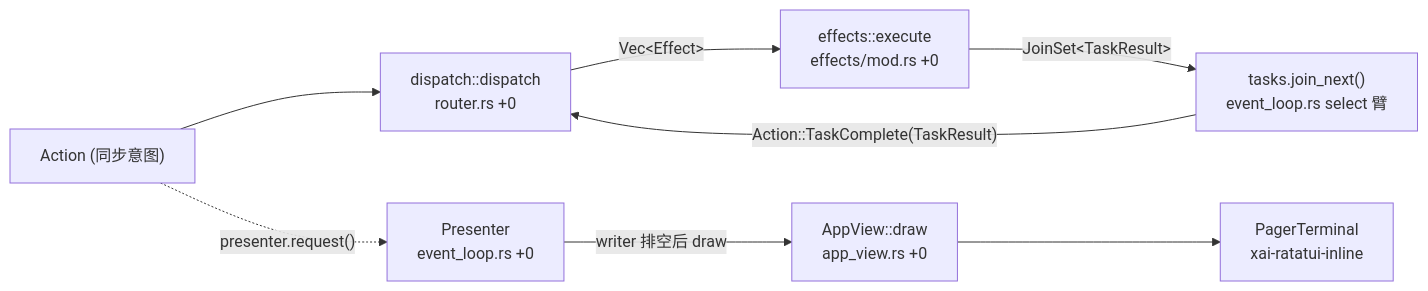
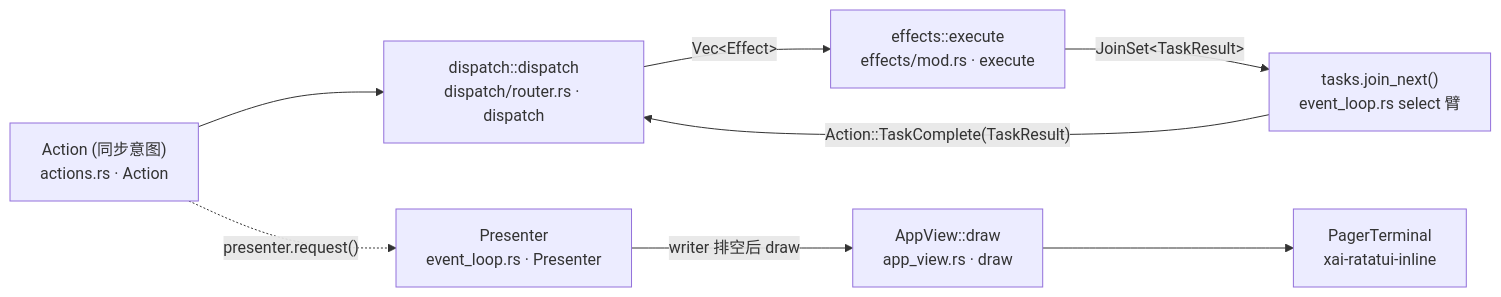
One commit to adrian9778/grok-build changed the diagram in docs/adrian/sourceReader/08-TUI交互循环与渲染.md. Above: the diagram before and after it, drawn with Mermaid. The commit also changed other lines of this file and 18 other files, not shown here.

````diff
--- a/docs/adrian/sourceReader/08-TUI交互循环与渲染.md
+++ b/docs/adrian/sourceReader/08-TUI交互循环与渲染.md
@@ -75,10 +79,10 @@
 ```mermaid
 flowchart LR
-    A["Action (同步意图)"] --> D["dispatch::dispatch<br/>router.rs +0"]
-    D -->|"Vec&lt;Effect&gt;"| E["effects::execute<br/>effects/mod.rs +0"]
+    A["Action (同步意图)<br/>actions.rs · Action"] --> D["dispatch::dispatch<br/>dispatch/router.rs · dispatch"]
+    D -->|"Vec&lt;Effect&gt;"| E["effects::execute<br/>effects/mod.rs · execute"]
     E -->|"JoinSet&lt;TaskResult&gt;"| F["tasks.join_next()<br/>event_loop.rs select 臂"]
     F -->|"Action::TaskComplete(TaskResult)"| D
-    A -.->|"presenter.request()"| P["Presenter<br/>event_loop.rs +0"]
-    P -->|"writer 排空后 draw"| R["AppView::draw<br/>app_view.rs +0"]
+    A -.->|"presenter.request()"| P["Presenter<br/>event_loop.rs · Presenter"]
+    P -->|"writer 排空后 draw"| R["AppView::draw<br/>app_view.rs · draw"]
     R --> T["PagerTerminal<br/>xai-ratatui-inline"]
 ```
````
